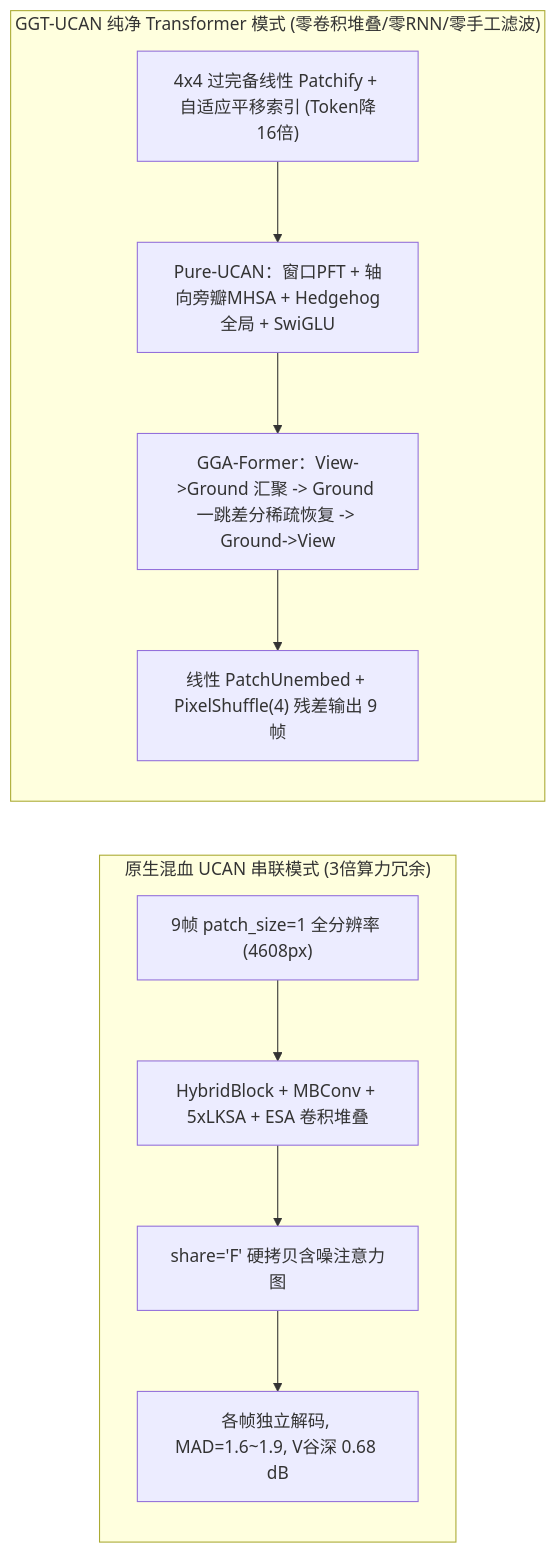
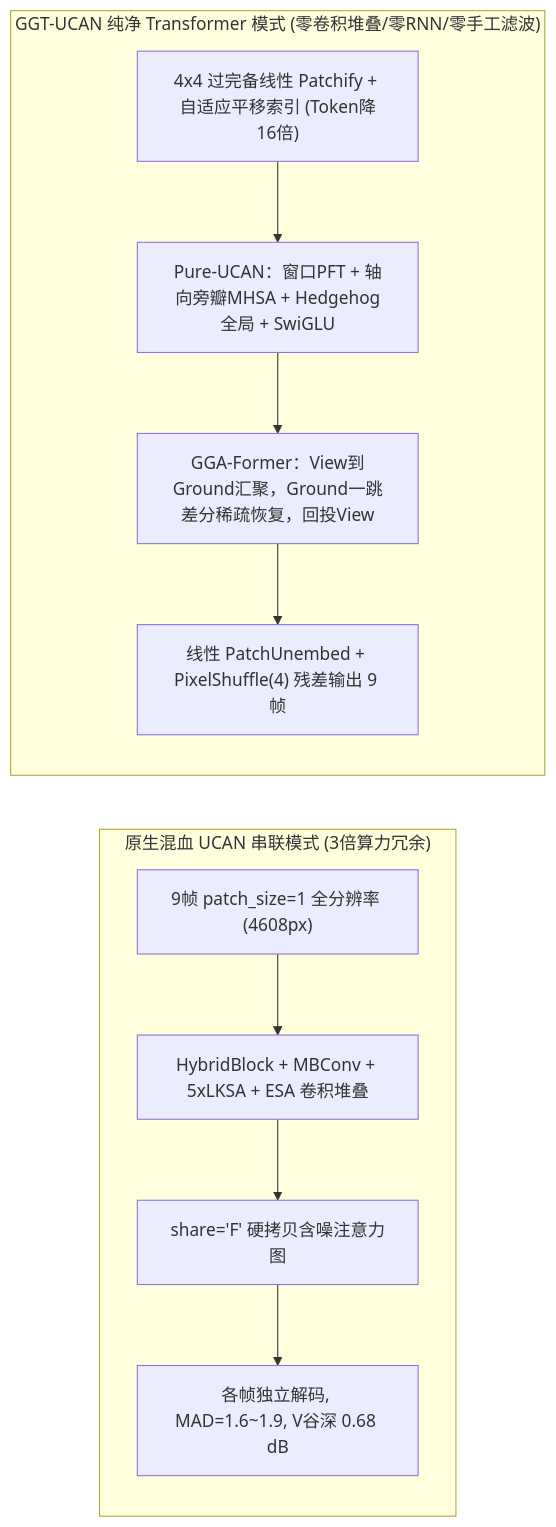
One commit to deathend110/SAR_Sequence_Restore changed the first of 5 diagrams in docs/架构设计B_从基础UCAN与序列恢复重构.md. Above: the diagram before and after it, drawn with Mermaid. The commit also changed other lines of this file and 1 other file, not shown here.

Commit message:
修复两份架构设计文档在Typora中的公式与Mermaid渲染语法错误

````diff
--- a/docs/架构设计B_从基础UCAN与序列恢复重构.md
+++ b/docs/架构设计B_从基础UCAN与序列恢复重构.md
@@ -20,14 +20,14 @@
 ```mermaid
-flowchart LR
-    subgraph OLD["原生混血 UCAN 串联模式 (3倍算力冗余)"]
+graph LR
+    subgraph OLD ["原生混血 UCAN 串联模式 (3倍算力冗余)"]
         O1["9帧 patch_size=1 全分辨率 (4608px)"] --> O2["HybridBlock + MBConv + 5xLKSA + ESA 卷积堆叠"]
         O2 --> O3["share='F' 硬拷贝含噪注意力图"]
         O3 --> O4["各帧独立解码, MAD=1.6~1.9, V谷深 0.68 dB"]
     end
 
-    subgraph NEW["GGT-UCAN 纯净 Transformer 模式 (零卷积堆叠/零RNN/零手工滤波)"]
+    subgraph NEW ["GGT-UCAN 纯净 Transformer 模式 (零卷积堆叠/零RNN/零手工滤波)"]
         N1["4x4 过完备线性 Patchify + 自适应平移索引 (Token降16倍)"] --> N2["Pure-UCAN：窗口PFT + 轴向旁瓣MHSA + Hedgehog全局 + SwiGLU"]
-        N2 --> N3["GGA-Former：View->Ground 汇聚 -> Ground 一跳差分稀疏恢复 -> Ground->View"]
+        N2 --> N3["GGA-Former：View到Ground汇聚，Ground一跳差分稀疏恢复，回投View"]
         N3 --> N4["线性 PatchUnembed + PixelShuffle(4) 残差输出 9 帧"]
     end
 ```
````
